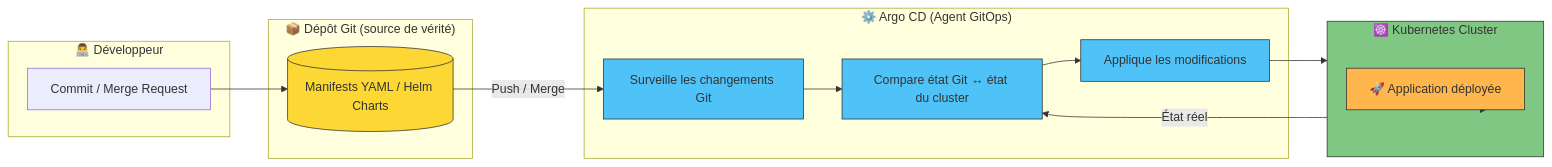
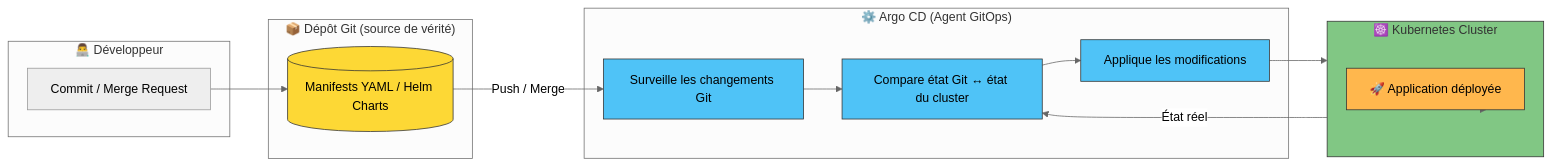
One commit to GraberThomas/gitops-lab changed the diagram in README.md. Above: the diagram before and after it, drawn with Mermaid.

Commit message:
light diagram

````diff
--- a/README.md
+++ b/README.md
@@ -26,38 +26,38 @@
 ```mermaid
-%%{init: {"theme": "light"}}%%
+%%{init: {"theme": "neutral"}}%%
 flowchart LR
     subgraph Dev["👨‍💻 Développeur"]
         C[Commit / Merge Request]
     end
 
     subgraph GitRepo["📦 Dépôt Git (source de vérité)"]
         G[(Manifests YAML / Helm Charts)]
     end
 
     subgraph ArgoCD["⚙️ Argo CD (Agent GitOps)"]
         A1[Surveille les changements Git]
         A2[Compare état Git ↔ état du cluster]
         A3[Applique les modifications]
     end
 
     subgraph K8S["☸️ Kubernetes Cluster"]
         APP["🚀 Application déployée"]
     end
 
     C --> G
     G -->|Push / Merge| A1
     A1 --> A2 --> A3 --> K8S
     K8S -->|État réel| A2
     K8S --> APP
 
     classDef git fill:#fdd835,stroke:#333,stroke-width:1px;
     classDef argocd fill:#4fc3f7,stroke:#333,stroke-width:1px;
     classDef k8s fill:#81c784,stroke:#333,stroke-width:1px;
     classDef app fill:#ffb74d,stroke:#333,stroke-width:1px;
 
     class G git
     class A1,A2,A3 argocd
     class K8S k8s
     class APP app
 
 ```
````
